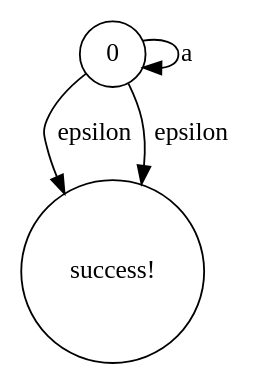
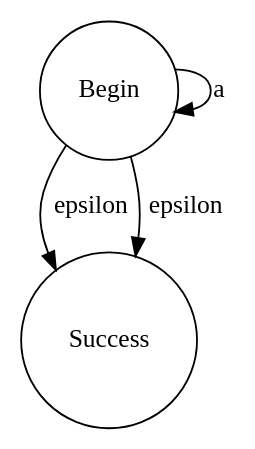
One commit to ayanamists/MyRegEngine changed the diagram in MyRegEngine/bin/Debug/netcoreapp3.1/TestCase6.dot. Above: the diagram before and after it, drawn with Graphviz. The commit also changed 26 other files, not shown here.

```diff
--- a/MyRegEngine/bin/Debug/netcoreapp3.1/TestCase6.dot
+++ b/MyRegEngine/bin/Debug/netcoreapp3.1/TestCase6.dot
@@ -1,1 +1,1 @@
-digraph TestCase6 { 0 [shape=circle,label="0"]; success [shape=circle,label="success!"]; 0 -> 0[label="a"]; 0 -> success[label="epsilon"]; 0 -> success[label="epsilon"]; }
+digraph TestCase6 { 0 [shape=circle,label="Begin"]; 1 [shape=circle,label="Success"]; 0 -> 0[label="a"]; 0 -> 1[label="epsilon"]; 0 -> 1[label="epsilon"]; }
```
